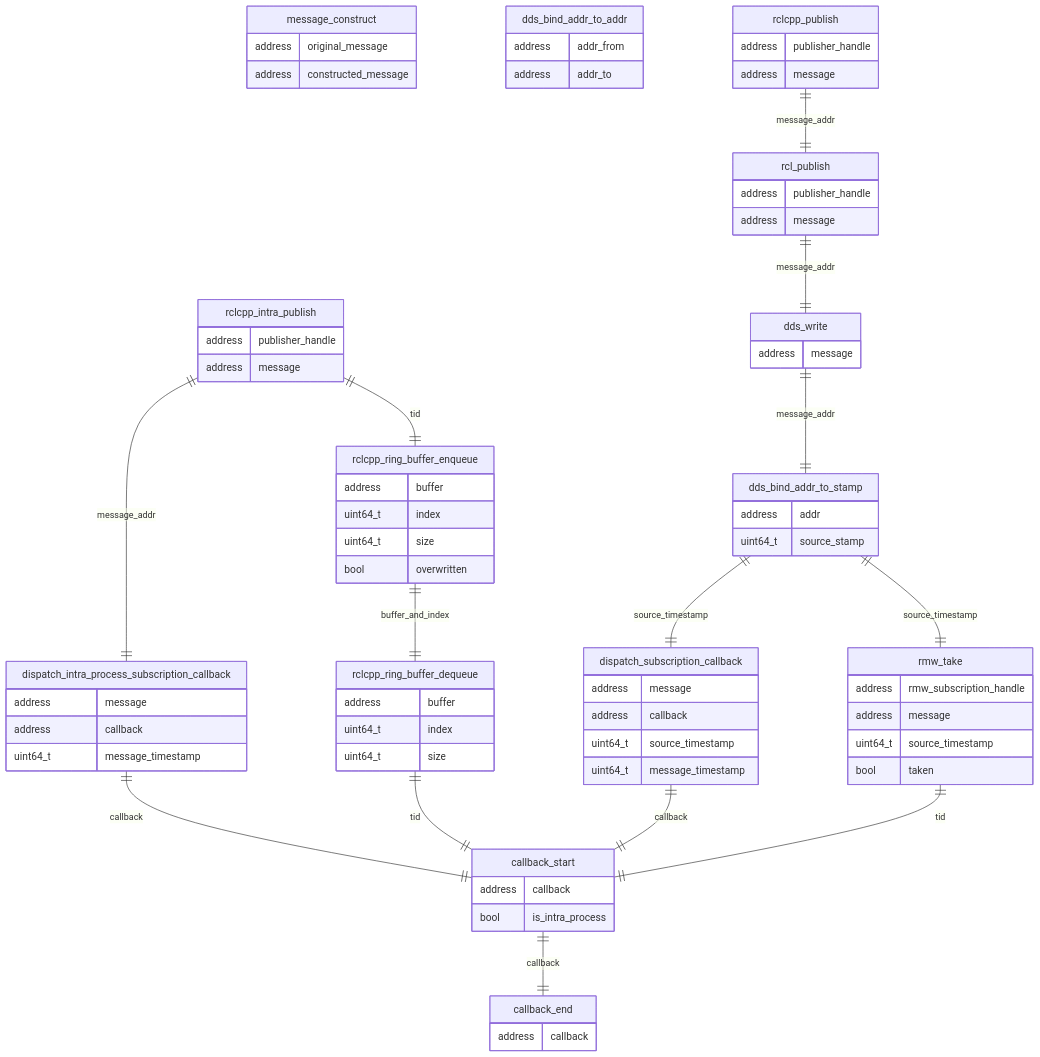
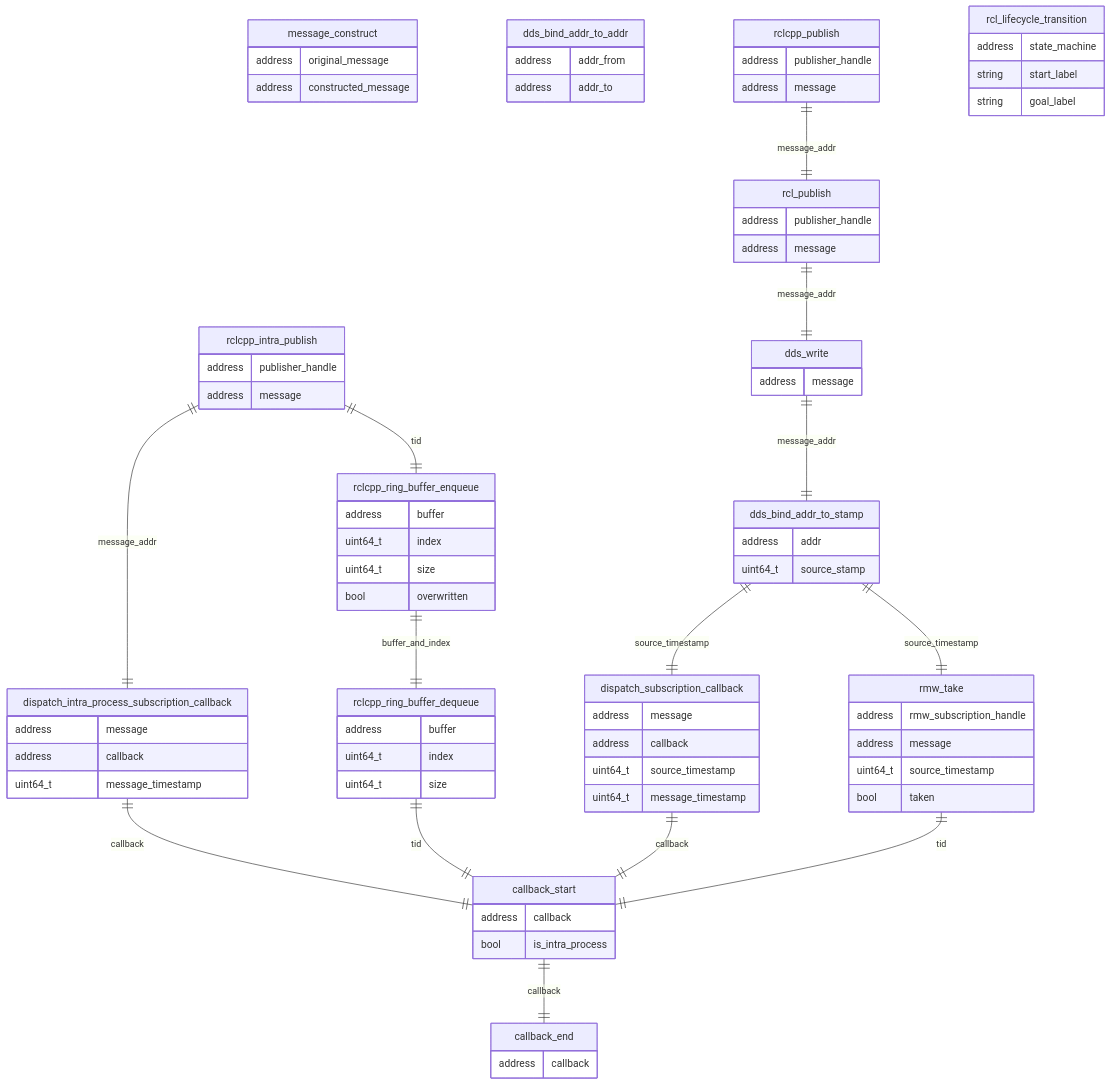
One commit to tier4/caret_doc changed the diagram in docs/design/trace_points/runtime_trace_points.md. Above: the diagram before and after it, drawn with Mermaid. The commit also changed other lines of this file and 6 other files, not shown here.

```diff
--- a/docs/design/trace_points/runtime_trace_points.md
+++ b/docs/design/trace_points/runtime_trace_points.md
@@ -79,6 +79,12 @@
  uint64_t size
  }
 
+ rcl_lifecycle_transition{
+ address state_machine
+ string start_label
+ string goal_label
+ }
+
     rclcpp_intra_publish ||--|| dispatch_intra_process_subscription_callback: message_addr
     rclcpp_publish ||--|| rcl_publish: message_addr
     rcl_publish ||--|| dds_write: message_addr
```
